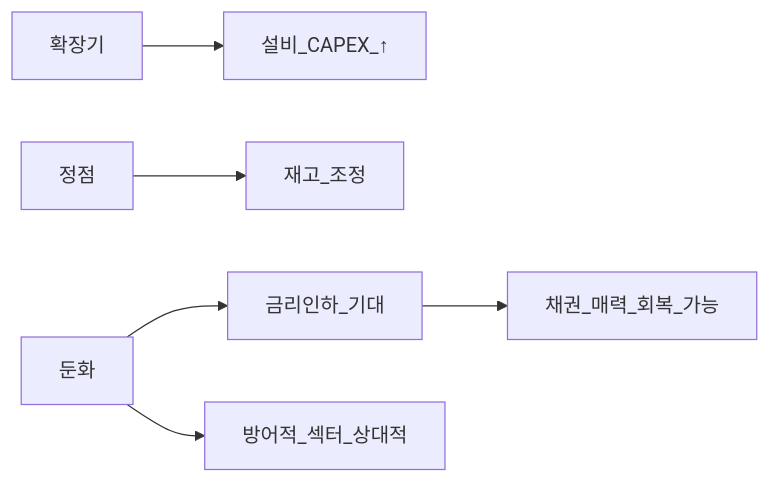
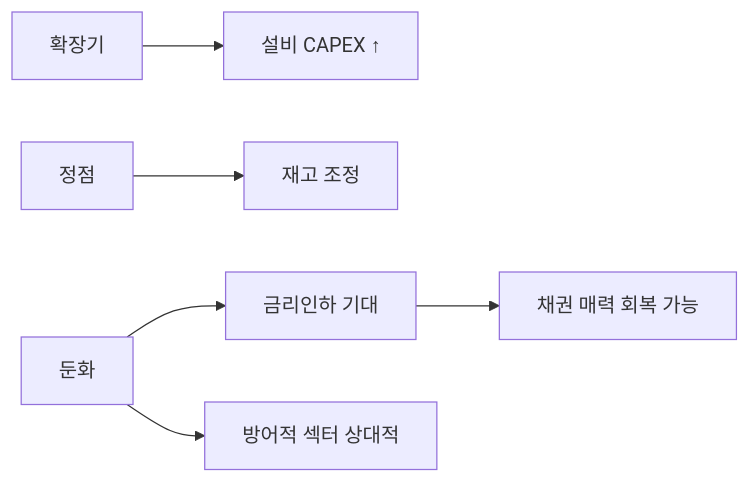
Before and after one commit to goldanghenry/Finances: the second of 2 diagrams in 02-economics/macroeconomics-basics.md, drawn with Mermaid. The commit also changed other lines of this file and 211 other files, not shown here.

````diff
--- a/02-economics/macroeconomics-basics.md
+++ b/02-economics/macroeconomics-basics.md
@@ -130,8 +146,8 @@
 ```mermaid
 flowchart LR
-  Exp[확장기] --> Inv[설비_CAPEX_↑]
-  Peak[정점] --> Inv2[재고_조정]
-  Rec[둔화] --> Cut[금리인하_기대]
-  Rec --> Def[방어적_섹터_상대적]
-  Cut --> Bond2[채권_매력_회복_가능]
+  Exp[확장기] --> Inv["설비 CAPEX ↑"]
+  Peak[정점] --> Inv2["재고 조정"]
+  Rec[둔화] --> Cut["금리인하 기대"]
+  Rec --> Def["방어적 섹터 상대적"]
+  Cut --> Bond2["채권 매력 회복 가능"]
 ```
````
